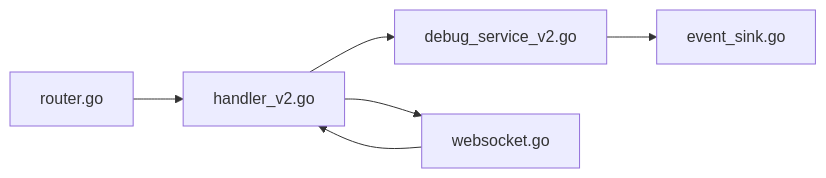
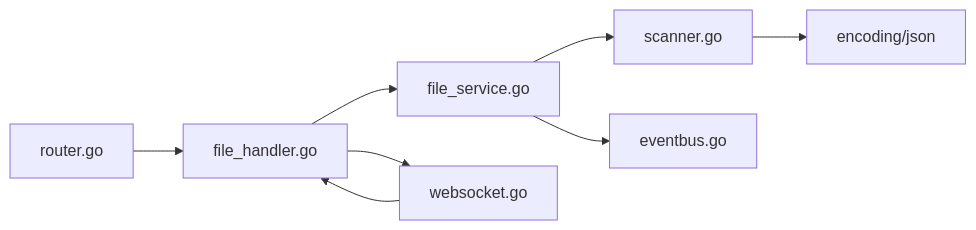
One commit to kqcoxn/MaaPipelineEditor changed the third of 3 diagrams in .qoder/repowiki/zh/content/开发者指南/LocalBridge 通信协议.md. Above: the diagram before and after it, drawn with Mermaid. The commit also changed other lines of this file and 6 other files, not shown here.

````diff
--- a/.qoder/repowiki/zh/content/开发者指南/LocalBridge 通信协议.md
+++ b/.qoder/repowiki/zh/content/开发者指南/LocalBridge 通信协议.md
@@ -181,8 +217,10 @@
 ```mermaid
 graph LR
-RH["handler_v2.go"] --> DS["debug_service_v2.go"]
-RH --> WS["websocket.go"]
-DS --> SK["event_sink.go"]
-WS --> RH
-RT["router.go"] --> RH
+FH["file_handler.go"] --> FS["file_service.go"]
+FH --> WS["websocket.go"]
+FS --> SC["scanner.go"]
+FS --> EB["eventbus.go"]
+SC --> JSON["encoding/json"]
+WS --> FH
+RT["router.go"] --> FH
 ```
````
